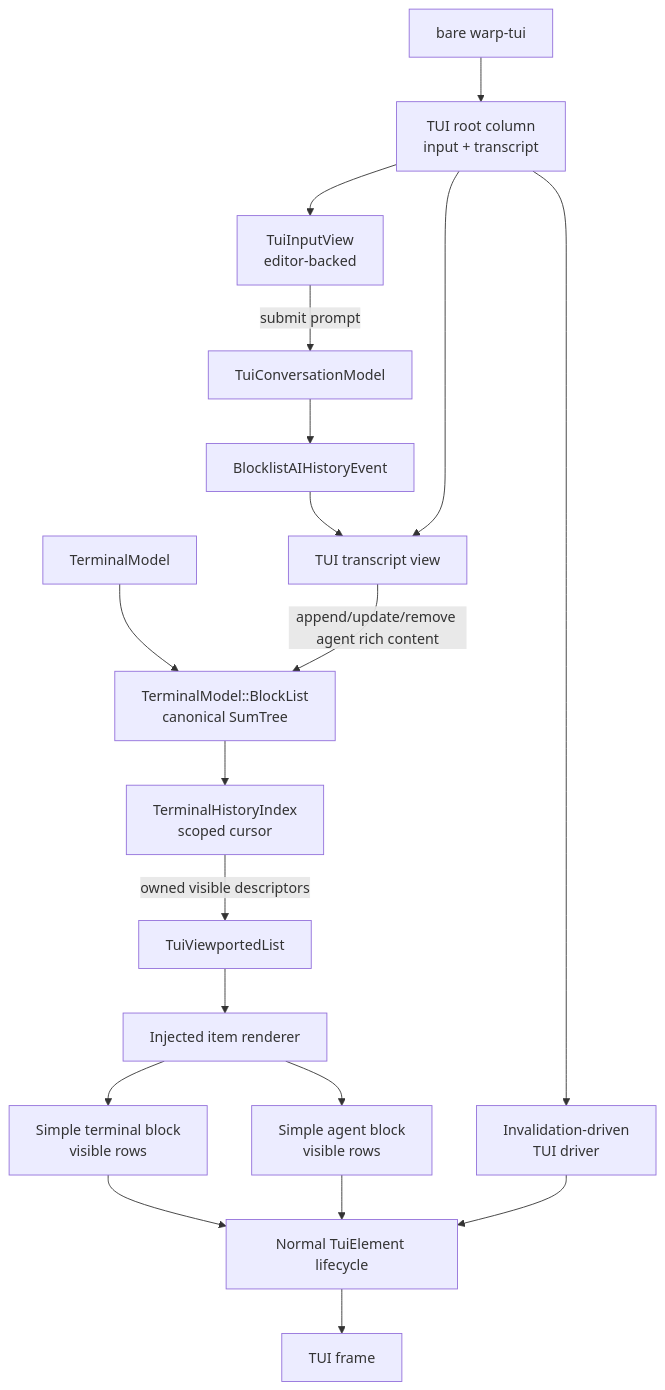
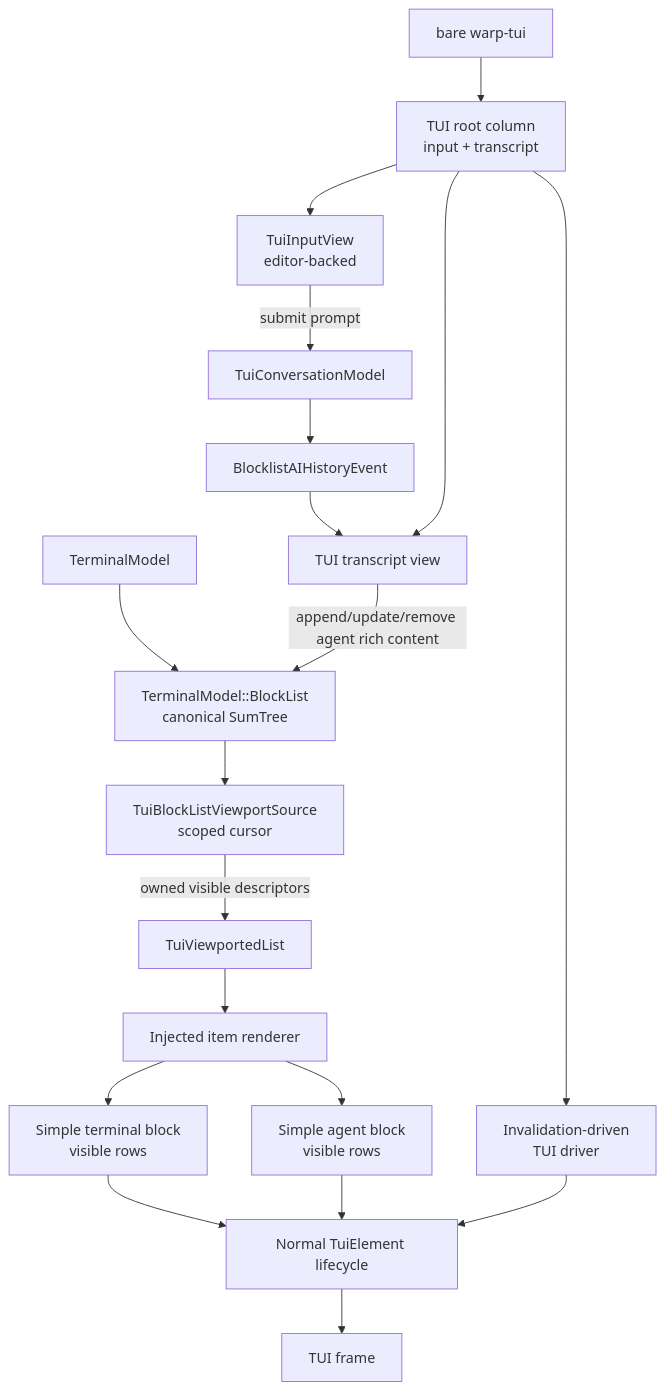
One commit to warpdotdev/warp changed the diagram in specs/tui-transcript-view/TECH.md. Above: the diagram before and after it, drawn with Mermaid. The commit also changed other lines of this file and 8 other files, not shown here.

````diff
--- a/specs/tui-transcript-view/TECH.md
+++ b/specs/tui-transcript-view/TECH.md
@@ -115,21 +96,21 @@
 ```mermaid
 flowchart TD
   Init["bare warp-tui"] --> Root["TUI root column<br/>input + transcript"]
   Root --> Driver["Invalidation-driven<br/>TUI driver"]
   Root --> Input["TuiInputView<br/>editor-backed"]
   Input -->|submit prompt| Conversation["TuiConversationModel"]
   Conversation --> History
   History["BlocklistAIHistoryEvent"] --> Transcript["TUI transcript view"]
   Root --> Transcript
   TerminalModel --> BlockList["TerminalModel::BlockList<br/>canonical SumTree"]
   Transcript -->|append/update/remove agent rich content| BlockList
-  BlockList --> Index["TerminalHistoryIndex<br/>scoped cursor"]
+  BlockList --> Index["TuiBlockListViewportSource<br/>scoped cursor"]
   Index -->|owned visible descriptors| Viewport["TuiViewportedList"]
   Viewport --> Render["Injected item renderer"]
   Render --> Terminal["Simple terminal block<br/>visible rows"]
   Render --> Agent["Simple agent block<br/>visible rows"]
   Terminal --> Presenter["Normal TuiElement lifecycle"]
   Agent --> Presenter
   Presenter --> Frame["TUI frame"]
   Driver --> Presenter
 ```
````
